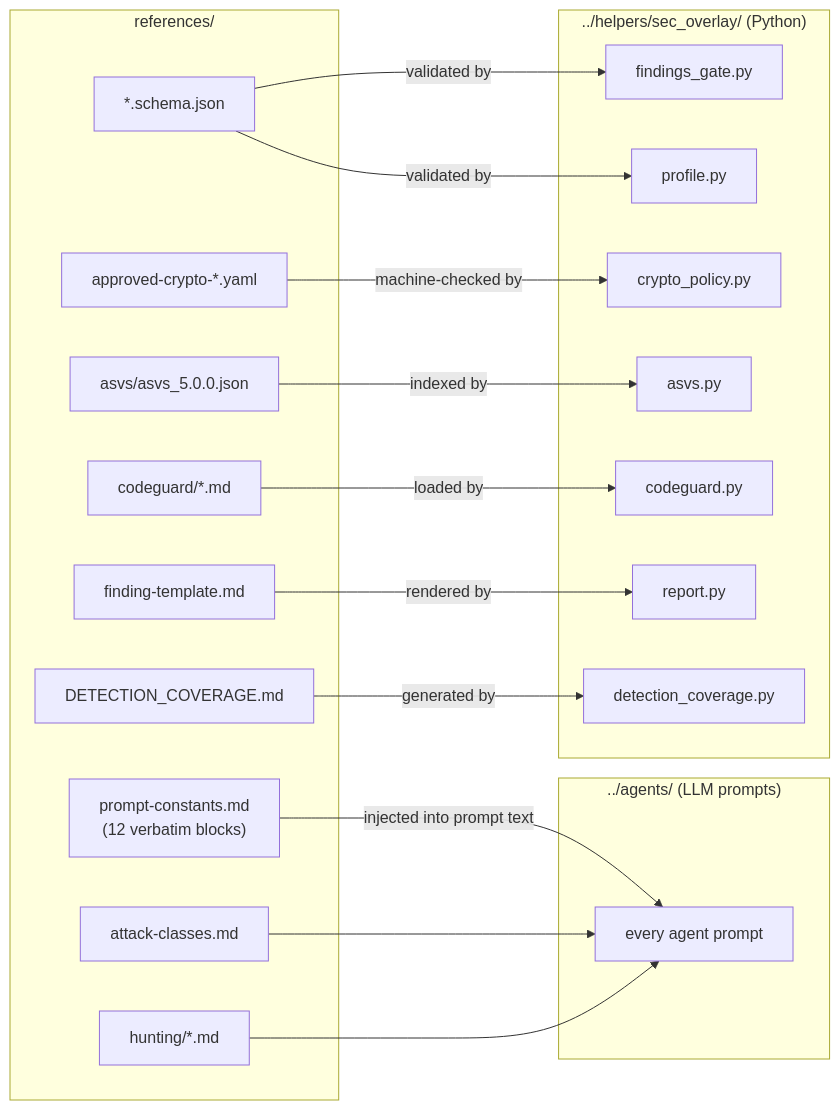
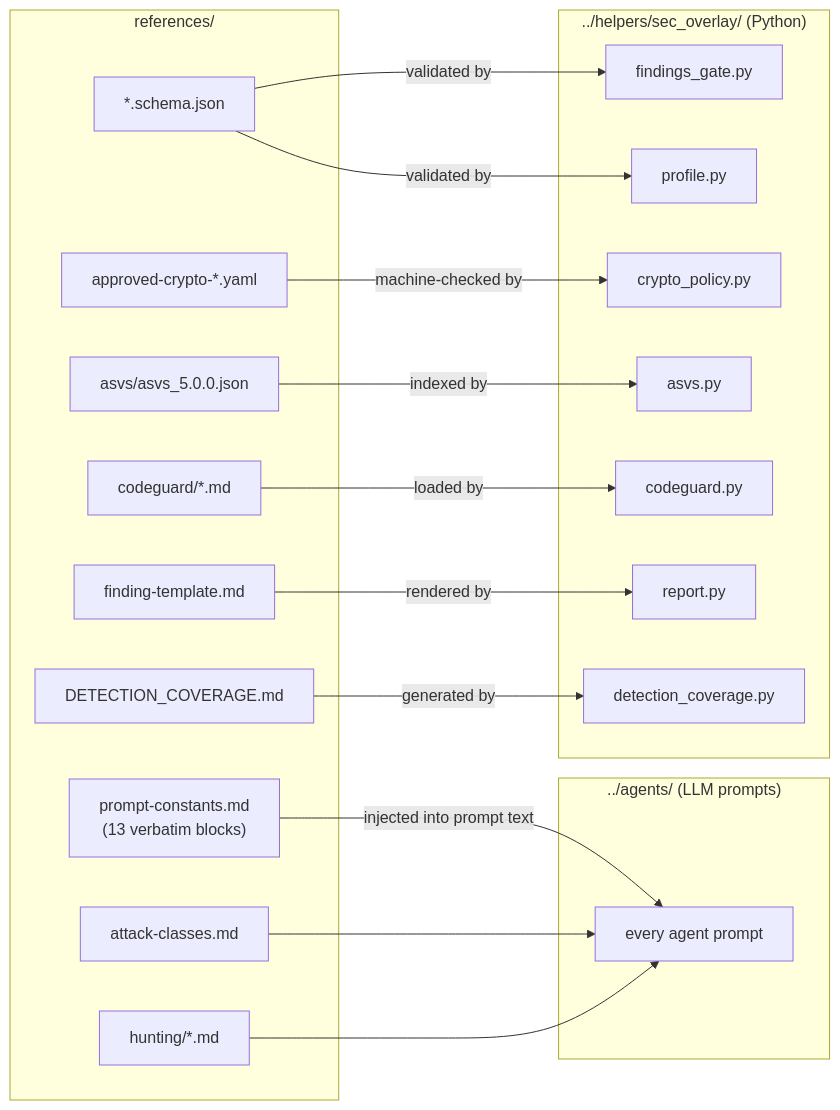
One commit to cjbischoff/cjbischoff-claude-code-tools changed the first of 2 diagrams in plugins/sec-overlay/skills/sec-overlay/references/README.md. Above: the diagram before and after it, drawn with Mermaid. The commit also changed other lines of this file and 5 other files, not shown here.

Commit message:
docs(sec-overlay): add EVIDENCE_VOCABULARY prompt-constants block

````diff
--- a/plugins/sec-overlay/skills/sec-overlay/references/README.md
+++ b/plugins/sec-overlay/skills/sec-overlay/references/README.md
@@ -34,39 +34,39 @@
 ```mermaid
 flowchart LR
     subgraph REF["references/"]
-        PC["prompt-constants.md<br/>(12 verbatim blocks)"]
+        PC["prompt-constants.md<br/>(13 verbatim blocks)"]
         AC["attack-classes.md"]
         FT["finding-template.md"]
         HUNT["hunting/*.md"]
         CG["codeguard/*.md"]
         ASVS["asvs/asvs_5.0.0.json"]
         CRYPTO["approved-crypto-*.yaml"]
         SCHEMA["*.schema.json"]
         DC["DETECTION_COVERAGE.md"]
     end
 
     subgraph AGENTS["../agents/ (LLM prompts)"]
         A["every agent prompt"]
     end
 
     subgraph HELPERS["../helpers/sec_overlay/ (Python)"]
         FG["findings_gate.py"]
         PROF["profile.py"]
         CP["crypto_policy.py"]
         ASVSPY["asvs.py"]
         CGPY["codeguard.py"]
         REP["report.py"]
         DCPY["detection_coverage.py"]
     end
 
     PC -->|"injected into prompt text"| A
     AC --> A
     HUNT --> A
     FT -->|"rendered by"| REP
     SCHEMA -->|"validated by"| FG
     SCHEMA -->|"validated by"| PROF
     CRYPTO -->|"machine-checked by"| CP
     ASVS -->|"indexed by"| ASVSPY
     CG -->|"loaded by"| CGPY
     DC -->|"generated by"| DCPY
 ```
````
